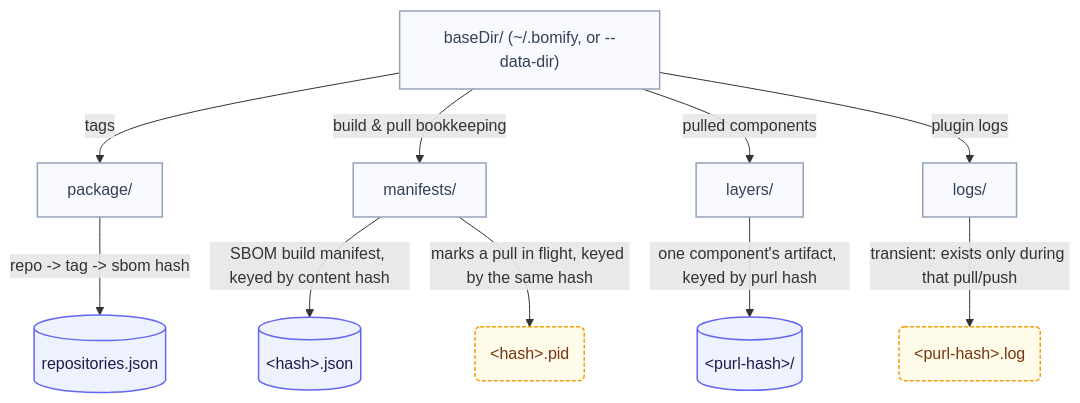
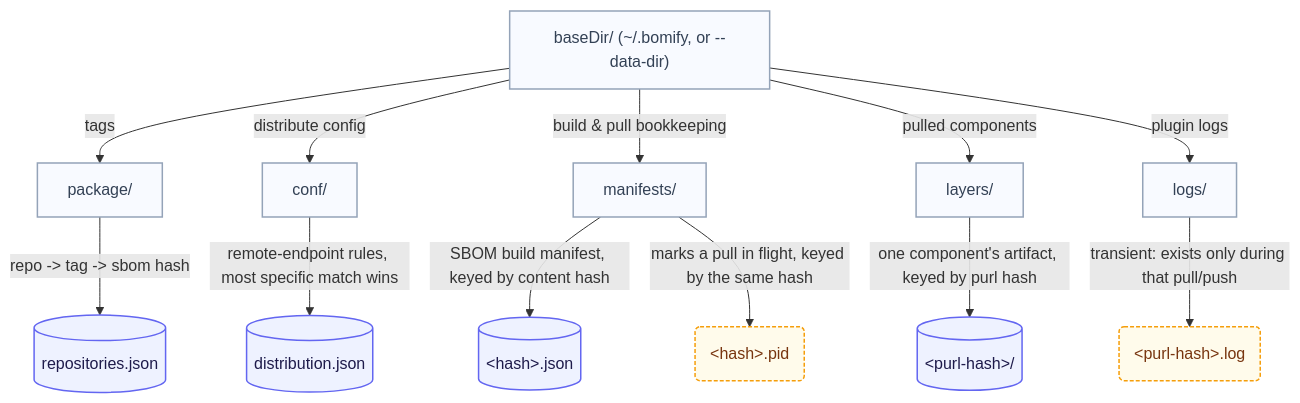
Before and after one commit to alejandro-velasco/bomify: the diagram in docs/diagrams/data-directory.mmd, drawn with Mermaid. The commit also changed 4 other files, not shown here.

Commit message:
docs(architecture): update architecture and mermaid diagrams

```diff
--- a/docs/diagrams/data-directory.mmd
+++ b/docs/diagrams/data-directory.mmd
@@ -1,23 +1,26 @@
 flowchart TD
     classDef dir fill:#F8FAFF,stroke:#94A3B8,stroke-width:1.5px,color:#334155
     classDef store fill:#EEF2FF,stroke:#6366F1,stroke-width:1.5px,color:#1e1b4b
     classDef transient fill:#FFFBEB,stroke:#F59E0B,stroke-width:1.5px,stroke-dasharray:4 2,color:#78350f
 
     Root["baseDir/ (~/.bomify, or --data-dir)"]
 
     Root -->|"tags"| Package["package/"]
     Package -->|"repo -&gt; tag -&gt; sbom hash"| Repos[("repositories.json")]
+
+    Root -->|"distribute config"| Conf["conf/"]
+    Conf -->|"remote-endpoint rules, most specific match wins"| DistConfig[("distribution.json")]
 
     Root -->|"build & pull bookkeeping"| Manifests["manifests/"]
     Manifests -->|"SBOM build manifest, keyed by content hash"| ManifestFile[("&lt;hash&gt;.json")]
     Manifests -->|"marks a pull in flight, keyed by the same hash"| PidFile("&lt;hash&gt;.pid")
 
     Root -->|"pulled components"| Layers["layers/"]
     Layers -->|"one component's artifact, keyed by purl hash"| LayerDir[("&lt;purl-hash&gt;/")]
 
     Root -->|"plugin logs"| Logs["logs/"]
     Logs -->|"transient: exists only during that pull/push"| LogFile("&lt;purl-hash&gt;.log")
 
-    class Root,Package,Manifests,Layers,Logs dir
-    class Repos,ManifestFile,LayerDir store
+    class Root,Package,Conf,Manifests,Layers,Logs dir
+    class Repos,DistConfig,ManifestFile,LayerDir store
     class PidFile,LogFile transient
```
